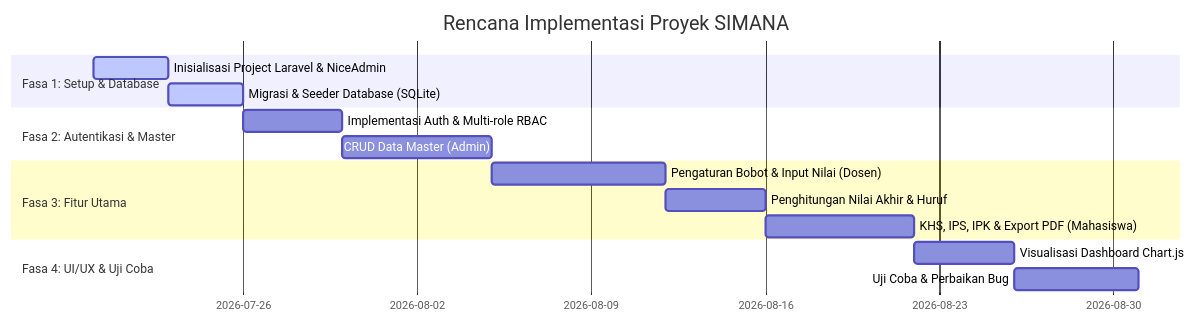
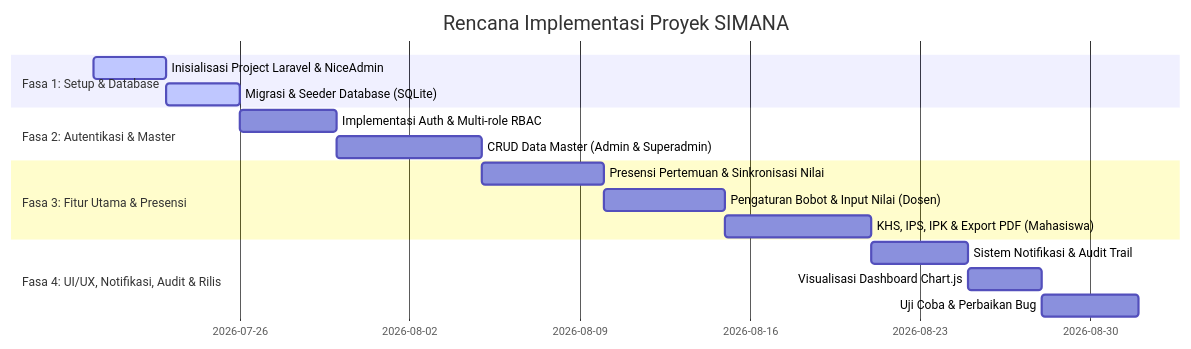
Before and after one commit to Wandeys/uas-wandeys: the second of 2 diagrams in PRD.md, drawn with Mermaid. The commit also changed other lines of this file and 2 other files, not shown here.

````diff
--- a/PRD.md
+++ b/PRD.md
@@ -248,18 +313,19 @@
 ```mermaid
 gantt
     title Rencana Implementasi Proyek SIMANA
     dateFormat  YYYY-MM-DD
     section Fasa 1: Setup & Database
     Inisialisasi Project Laravel & NiceAdmin :active, 2026-07-20, 3d
     Migrasi & Seeder Database (SQLite)     :active, 2026-07-23, 3d
     section Fasa 2: Autentikasi & Master
     Implementasi Auth & Multi-role RBAC    : 2026-07-26, 4d
-    CRUD Data Master (Admin)               : 2026-07-30, 6d
-    section Fasa 3: Fitur Utama
-    Pengaturan Bobot & Input Nilai (Dosen) : 2026-08-05, 7d
-    Penghitungan Nilai Akhir & Huruf       : 2026-08-12, 4d
-    KHS, IPS, IPK & Export PDF (Mahasiswa) : 2026-08-16, 6d
-    section Fasa 4: UI/UX & Uji Coba
-    Visualisasi Dashboard Chart.js         : 2026-08-22, 4d
-    Uji Coba & Perbaikan Bug               : 2026-08-26, 5d
+    CRUD Data Master (Admin & Superadmin)  : 2026-07-30, 6d
+    section Fasa 3: Fitur Utama & Presensi
+    Presensi Pertemuan & Sinkronisasi Nilai: 2026-08-05, 5d
+    Pengaturan Bobot & Input Nilai (Dosen) : 2026-08-10, 5d
+    KHS, IPS, IPK & Export PDF (Mahasiswa) : 2026-08-15, 6d
+    section Fasa 4: UI/UX, Notifikasi, Audit & Rilis
+    Sistem Notifikasi & Audit Trail        : 2026-08-21, 4d
+    Visualisasi Dashboard Chart.js         : 2026-08-25, 3d
+    Uji Coba & Perbaikan Bug               : 2026-08-28, 4d
 ```
````
